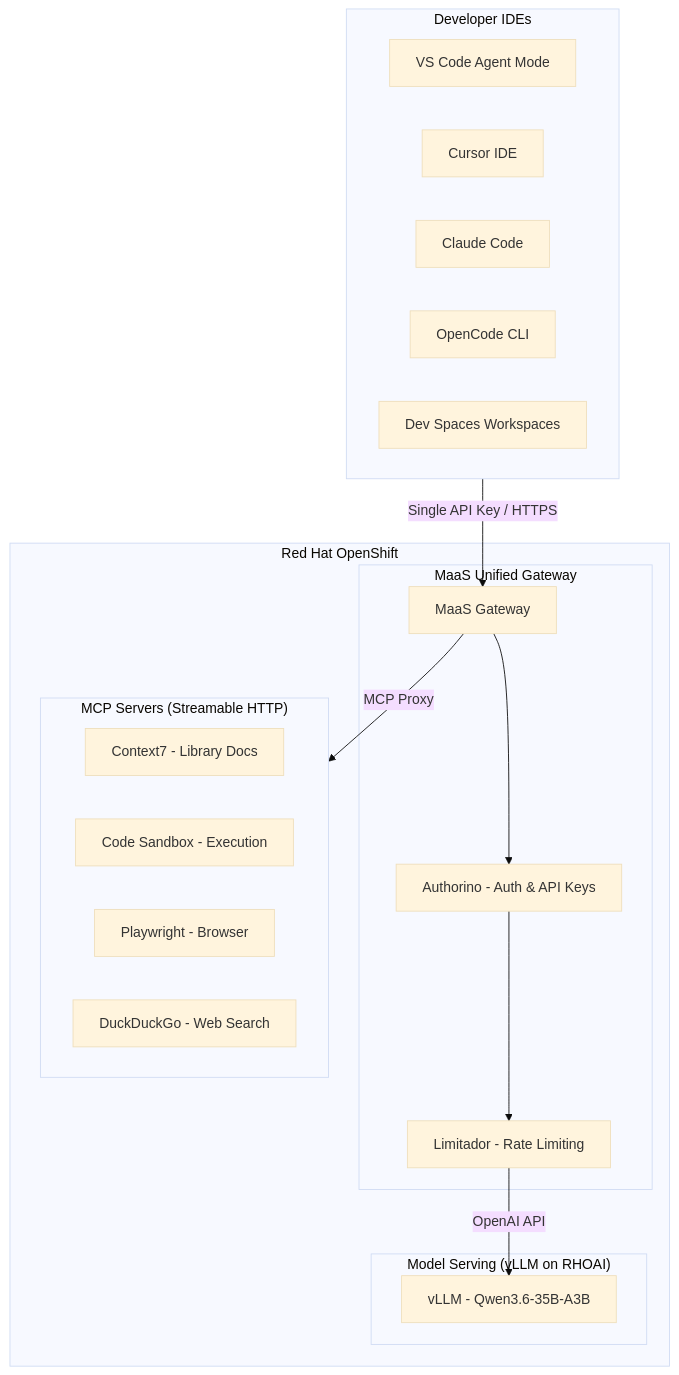
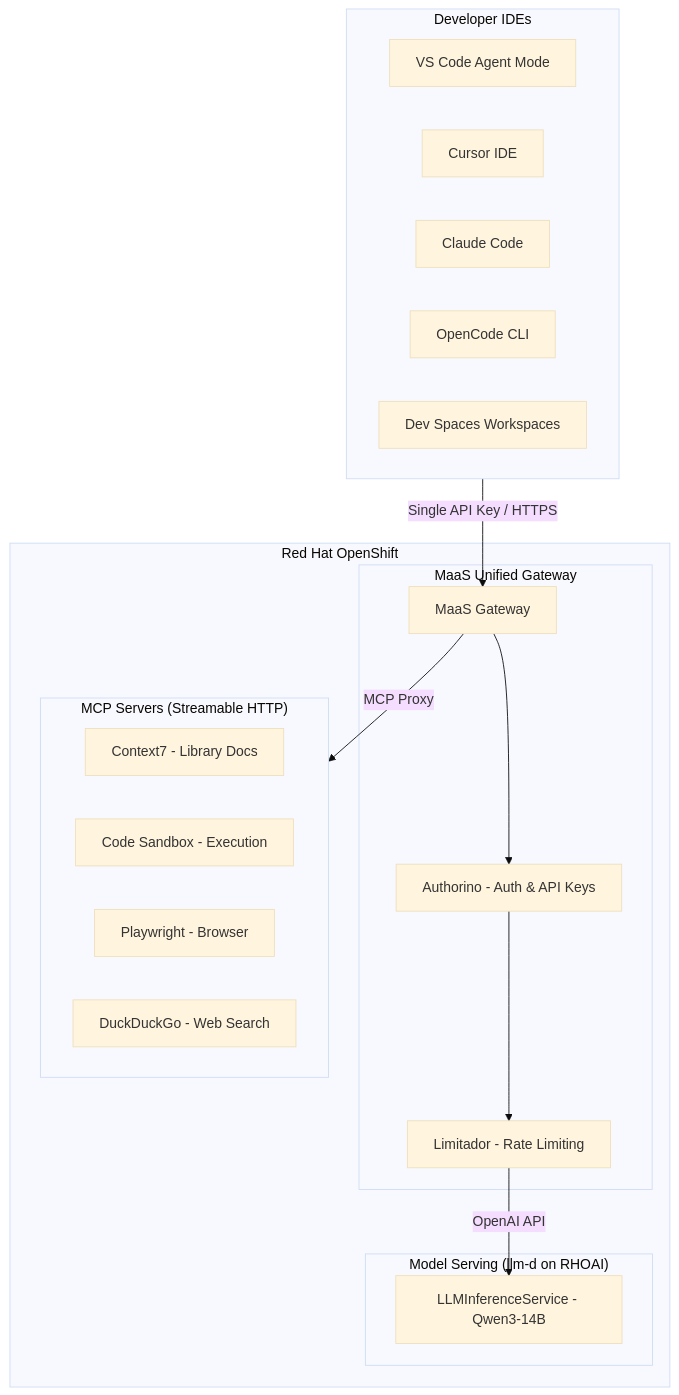
The first of 2 diagrams in README.md (hyogrin/rhoai-coding-assistant-lab), drawn with Mermaid (base theme) before and after one commit. The commit also changed other lines of this file and 9 other files, not shown here.

````diff
--- a/README.md
+++ b/README.md
@@ -7,35 +7,35 @@
 ```mermaid
 flowchart TB
     subgraph IDE["Developer IDEs"]
         VSCode[VS Code Agent Mode]
         Cursor[Cursor IDE]
         ClaudeCode[Claude Code]
         OpenCode[OpenCode CLI]
         DevSpaces[Dev Spaces Workspaces]
     end
 
     subgraph OCP["Red Hat OpenShift"]
         subgraph MaaS["MaaS Unified Gateway"]
             Gateway[MaaS Gateway]
             Auth[Authorino - Auth & API Keys]
             RateLimit[Limitador - Rate Limiting]
         end
 
         subgraph MCP["MCP Servers (Streamable HTTP)"]
             Context7[Context7 - Library Docs]
             CodeSandbox[Code Sandbox - Execution]
             Playwright[Playwright - Browser]
             DuckDuckGo[DuckDuckGo - Web Search]
         end
 
-        subgraph Inference["Model Serving (vLLM on RHOAI)"]
-            vLLM1[vLLM - Qwen3.6-35B-A3B]
+        subgraph Inference["Model Serving (llm-d on RHOAI)"]
+            vLLM1[LLMInferenceService - Qwen3-14B]
         end
     end
 
     IDE -->|Single API Key / HTTPS| Gateway
     Gateway --> Auth
     Auth --> RateLimit
     RateLimit -->|OpenAI API| vLLM1
     Gateway -->|MCP Proxy| MCP
 ```
````
